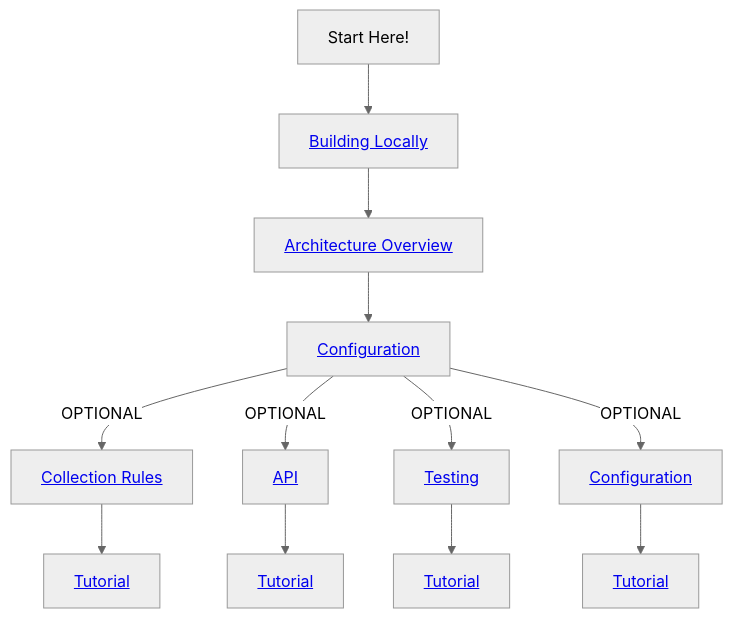
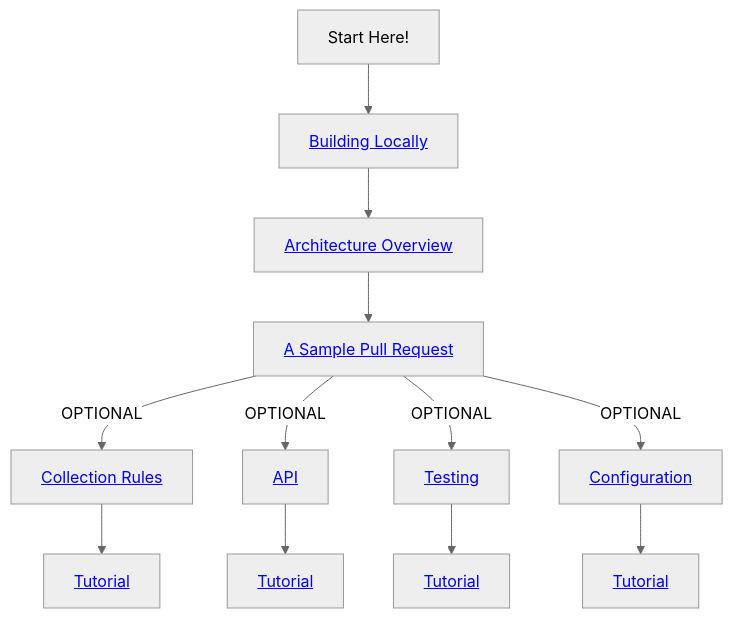
Before and after one commit to dotnet/dotnet-monitor: the diagram in documentation/learningPath/README.md, drawn with Mermaid (neutral theme).

````diff
--- a/documentation/learningPath/README.md
+++ b/documentation/learningPath/README.md
@@ -8,14 +8,14 @@
 ```mermaid
 graph TD
     B[Start Here!] --> C[<a href='https://github.com/dotnet/dotnet-monitor/blob/main/documentation/building.md'>Building Locally</a>]
     C --> D[<a href='https://github.com/kkeirstead/dotnet-monitor/blob/kkeirstead/LearningPath/documentation/learningPath/architecture.md'>Architecture Overview</a>]
-    D --> G[<a href='https://github.com/kkeirstead/dotnet-monitor/blob/kkeirstead/LearningPath/documentation/learningPath/architecture.md'>Configuration</a>]
+    D --> G[<a href='https://github.com/kkeirstead/dotnet-monitor/blob/kkeirstead/LearningPath/documentation/learningPath/architecture.md'>A Sample Pull Request</a>]
     G --> |OPTIONAL| H[<a href='https://github.com/kkeirstead/dotnet-monitor/blob/kkeirstead/LearningPath/documentation/learningPath/collectionrules.md'>Collection Rules</a>]
     G --> |OPTIONAL| I[<a href='https://github.com/kkeirstead/dotnet-monitor/blob/kkeirstead/LearningPath/documentation/learningPath/api.md'>API</a>]
     G --> |OPTIONAL| J["<a href='https://github.com/kkeirstead/dotnet-monitor/blob/kkeirstead/LearningPath/documentation/learningPath/testing.md'>Testing</a>"]
     G --> |OPTIONAL| K["<a href='https://github.com/kkeirstead/dotnet-monitor/blob/kkeirstead/LearningPath/documentation/learningPath/configuration.md'>Configuration</a>"]
     H --> Q[<a href='https://github.com/kkeirstead/dotnet-monitor/blob/kkeirstead/LearningPath/documentation/learningPath/api.md'>Tutorial</a>]
     I --> R[<a href='https://github.com/kkeirstead/dotnet-monitor/blob/kkeirstead/LearningPath/documentation/learningPath/api.md'>Tutorial</a>]
     J --> S[<a href='https://github.com/kkeirstead/dotnet-monitor/blob/kkeirstead/LearningPath/documentation/learningPath/api.md'>Tutorial</a>]
     K --> T[<a href='https://github.com/kkeirstead/dotnet-monitor/blob/kkeirstead/LearningPath/documentation/learningPath/api.md'>Tutorial</a>]
 ```
````
